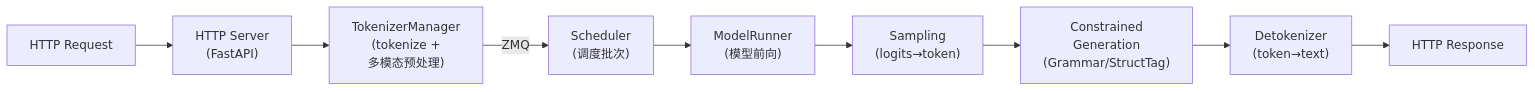
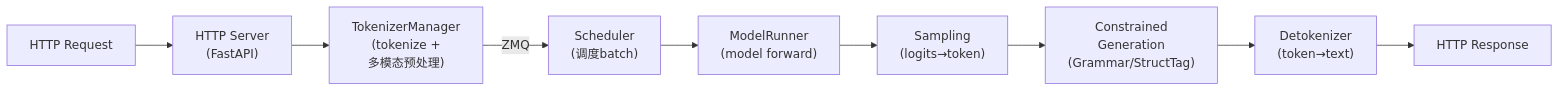
The first of 2 diagrams in content/SGLang/00_index.md (wesleyck/AIInfraNotes), drawn with Mermaid before and after one commit. The commit also changed other lines of this file and 7 other files, not shown here.

````diff
--- a/content/SGLang/00_index.md
+++ b/content/SGLang/00_index.md
@@ -16,11 +16,11 @@
 ```mermaid
 flowchart LR
     A["HTTP Request"] --> B["HTTP Server<br/>(FastAPI)"]
     B --> C["TokenizerManager<br/>(tokenize +<br/>多模态预处理)"]
-    C -->|"ZMQ"| D["Scheduler<br/>(调度批次)"]
-    D --> E["ModelRunner<br/>(模型前向)"]
+    C -->|"ZMQ"| D["Scheduler<br/>(调度batch)"]
+    D --> E["ModelRunner<br/>(model forward)"]
     E --> F["Sampling<br/>(logits→token)"]
     F --> G["Constrained<br/>Generation<br/>(Grammar/StructTag)"]
     G --> H["Detokenizer<br/>(token→text)"]
     H --> I["HTTP Response"]
 ```
````
